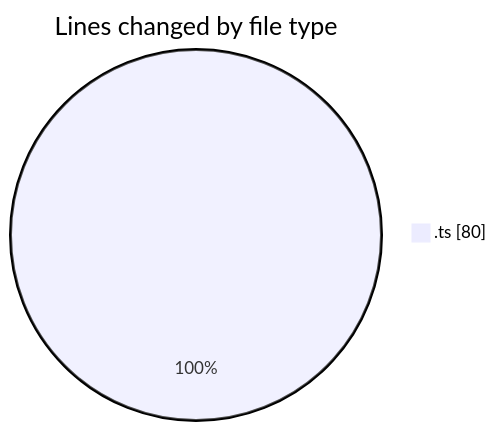
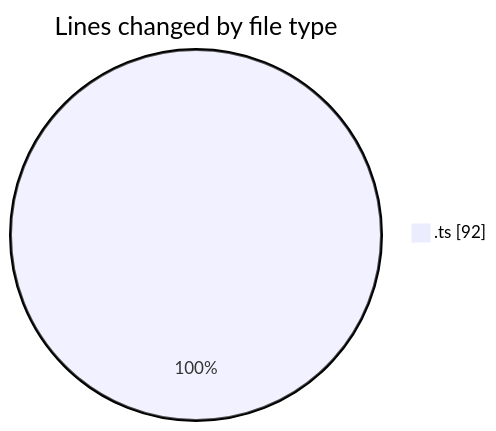
The first of 2 diagrams in 2025-10-01/oura-api/README.md (mevix1/code-tracking), drawn with Mermaid before and after one commit. The commit also changed other lines of this file and 1 other file, not shown here.

````diff
--- a/2025-10-01/oura-api/README.md
+++ b/2025-10-01/oura-api/README.md
@@ -20,5 +20,5 @@
 ```mermaid
 pie showData
 title Lines changed by file type
-".ts" : 80
+".ts" : 92
 ```
````
